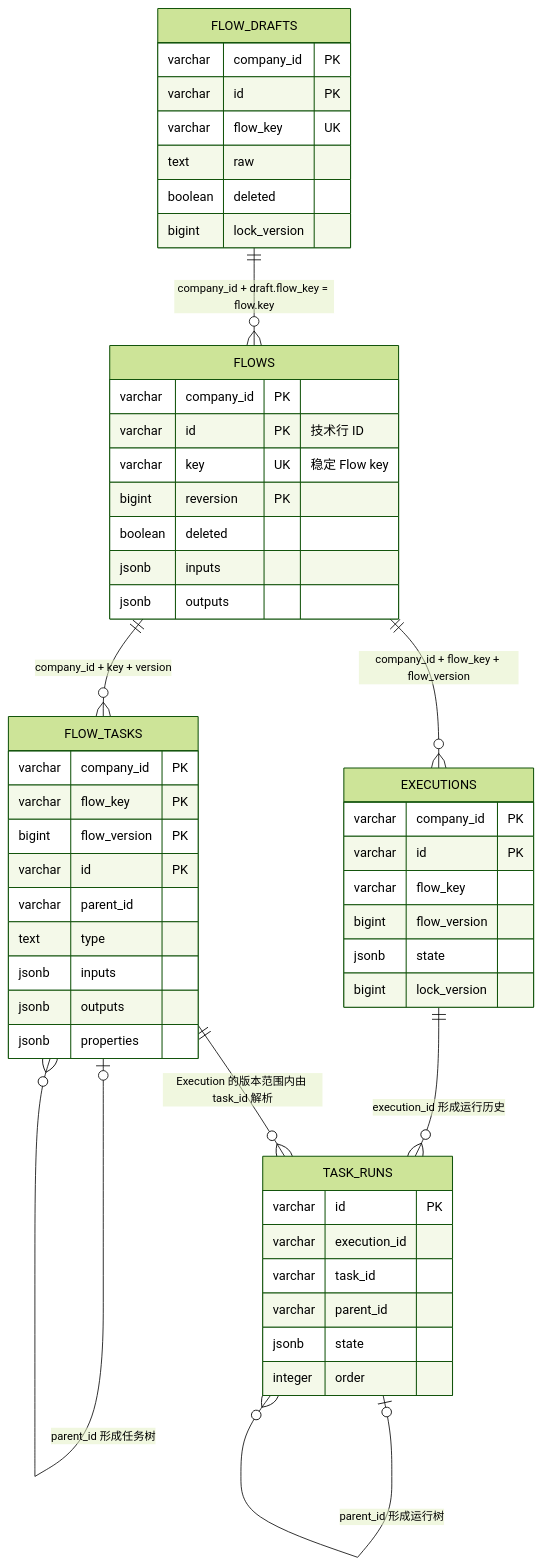
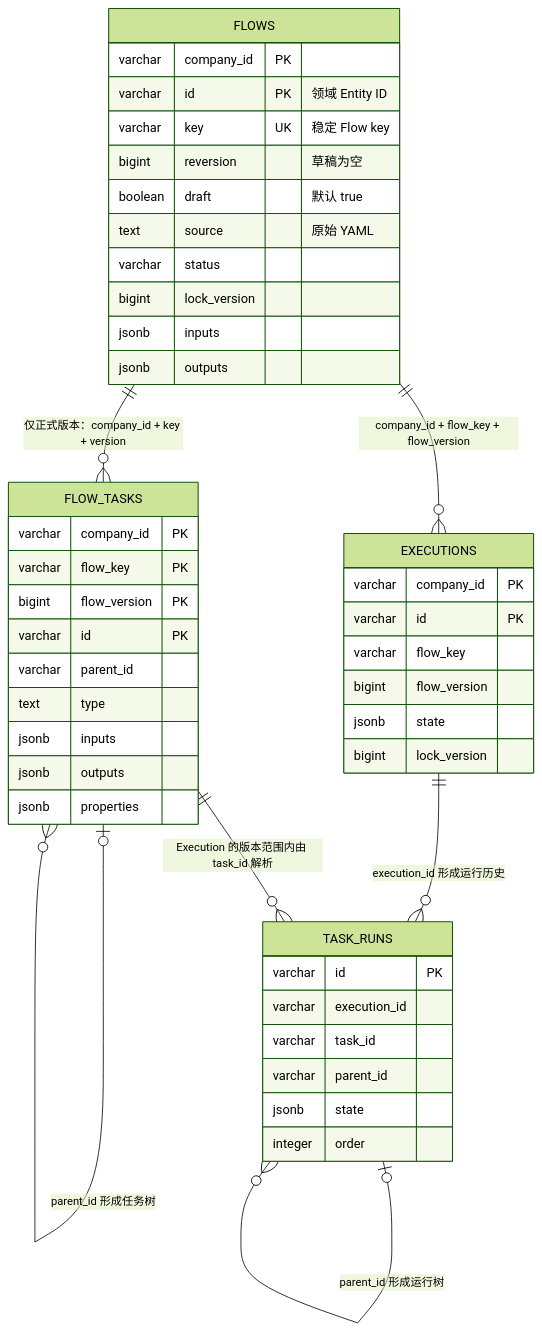
The diagram in docs/harness/postgresql-repositories.md (Eiddy5/flow), drawn with Mermaid (forest theme) before and after one commit. The commit also changed other lines of this file and 183 other files, not shown here.

````diff
--- a/docs/harness/postgresql-repositories.md
+++ b/docs/harness/postgresql-repositories.md
@@ -10,60 +10,53 @@
 ```mermaid
 erDiagram
-    FLOW_DRAFTS ||--o{ FLOWS : "company_id + draft.flow_key = flow.key"
-    FLOWS ||--o{ FLOW_TASKS : "company_id + key + version"
+    FLOWS ||--o{ FLOW_TASKS : "仅正式版本：company_id + key + version"
     FLOWS ||--o{ EXECUTIONS : "company_id + flow_key + flow_version"
     FLOW_TASKS o|--o{ FLOW_TASKS : "parent_id 形成任务树"
     EXECUTIONS ||--o{ TASK_RUNS : "execution_id 形成运行历史"
     FLOW_TASKS ||--o{ TASK_RUNS : "Execution 的版本范围内由 task_id 解析"
     TASK_RUNS o|--o{ TASK_RUNS : "parent_id 形成运行树"
 
-    FLOW_DRAFTS {
-        varchar company_id PK
-        varchar id PK
-        varchar flow_key UK
-        text raw
-        boolean deleted
-        bigint lock_version
-    }
-
     FLOWS {
         varchar company_id PK
-        varchar id PK "技术行 ID"
+        varchar id PK "领域 Entity ID"
         varchar key UK "稳定 Flow key"
-        bigint reversion PK
-        boolean deleted
+        bigint reversion "草稿为空"
+        boolean draft "默认 true"
+        text source "原始 YAML"
+        varchar status
+        bigint lock_version
         jsonb inputs
         jsonb outputs
     }
 
     FLOW_TASKS {
         varchar company_id PK
         varchar flow_key PK
         bigint flow_version PK
         varchar id PK
         varchar parent_id
         text type
         jsonb inputs
         jsonb outputs
         jsonb properties
     }
 
     EXECUTIONS {
         varchar company_id PK
         varchar id PK
         varchar flow_key
         bigint flow_version
         jsonb state
         bigint lock_version
     }
 
     TASK_RUNS {
         varchar id PK
         varchar execution_id
         varchar task_id
         varchar parent_id
         jsonb state
         integer order
     }
 
 ```
````
